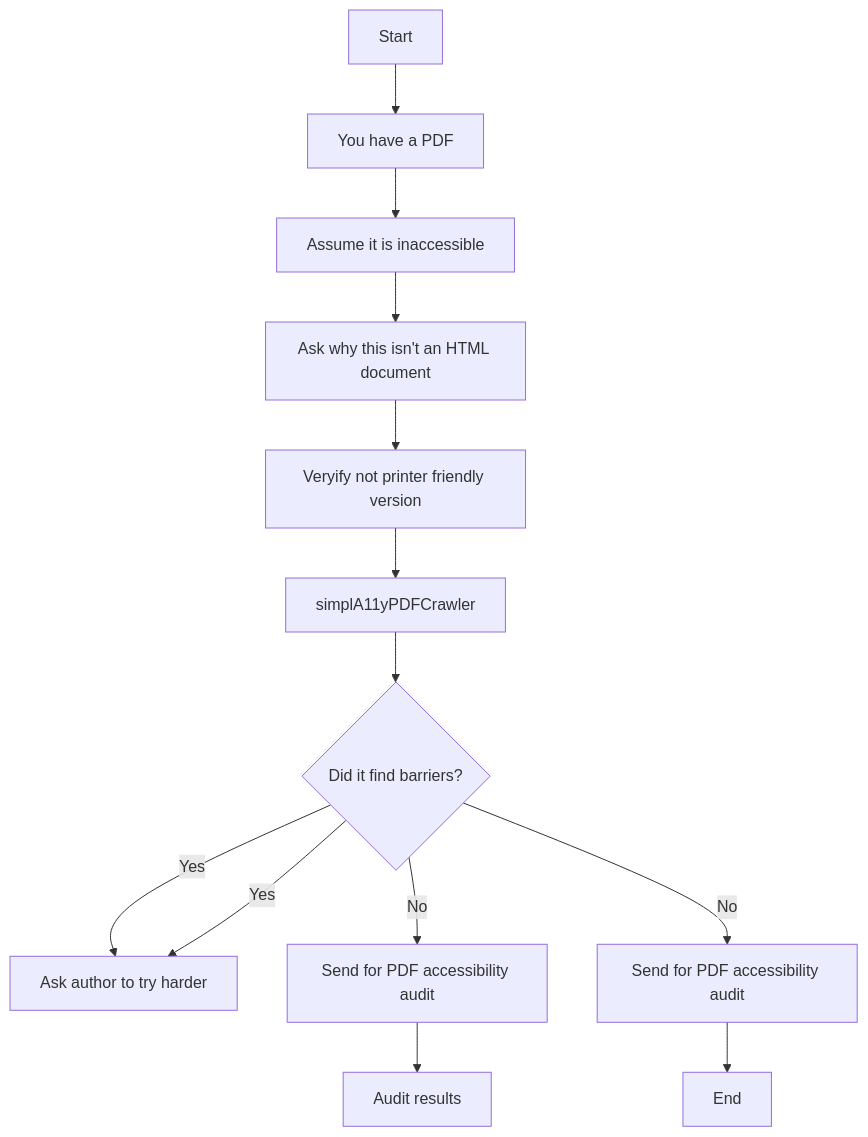
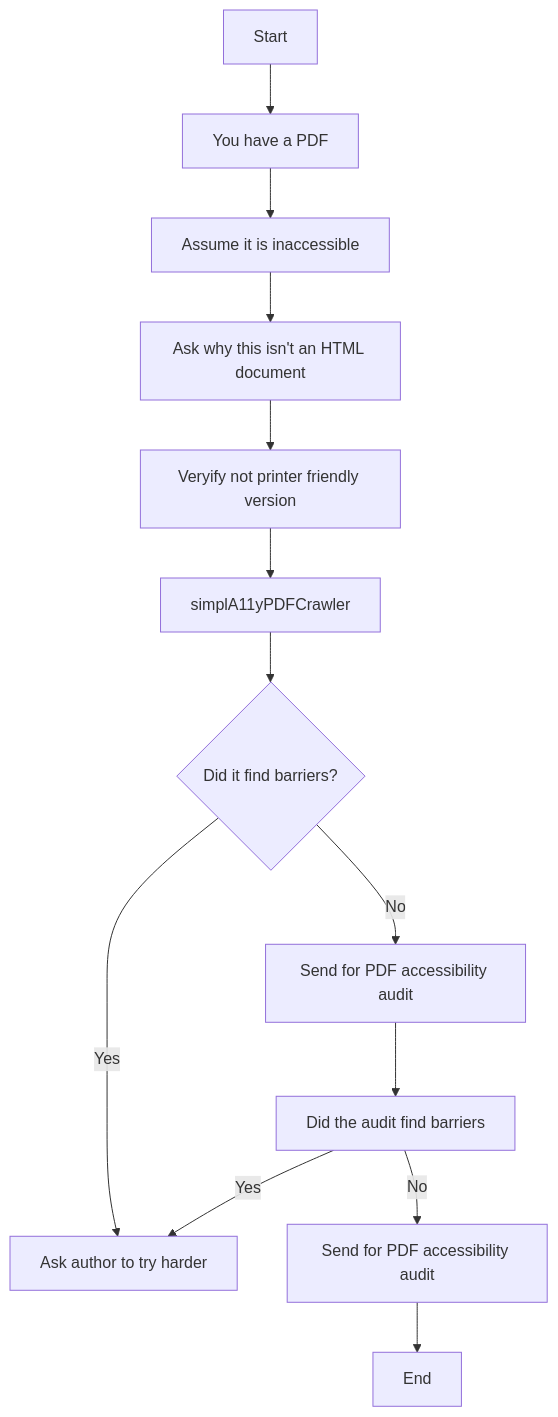
One commit to mgifford/mermaid-graphs changed the diagram in pdf.md. Above: the diagram before and after it, drawn with Mermaid.

````diff
--- a/pdf.md
+++ b/pdf.md
@@ -3,15 +3,15 @@
 ```mermaid
 graph TD
     Start-->YouHaveAPDF[You have a PDF];
     YouHaveAPDF-->AssumeInaccessible[Assume it is inaccessible];
     AssumeInaccessible-->AskWhyNotHTNML[Ask why this isn't an HTML document];
     AskWhyNotHTNML-->VerifyNotPriterFriendlyVersion[Veryify not printer friendly version];
     VerifyNotPriterFriendlyVersion-->simplA11yPDFCrawler;
     simplA11yPDFCrawler-->DidItFindBarriers{Did it find barriers?};
     DidItFindBarriers --> |Yes| AskAuthorToTryHarder[Ask author to try harder];
     DidItFindBarriers --> |No| SendForPDFAudit[Send for PDF accessibility audit]
-    SendForPDFAudit --> AuditResults[Audit results]
-    DidItFindBarriers --> |Yes| AskAuthorToTryHarder[Ask author to try harder];
-    DidItFindBarriers --> |No| PostToSite[Send for PDF accessibility audit]
+    SendForPDFAudit --> DidAuditFindBarriers[Did the audit find barriers]
+    DidAuditFindBarriers --> |Yes| AskAuthorToTryHarder[Ask author to try harder];
+    DidAuditFindBarriers --> |No| PostToSite[Send for PDF accessibility audit]
     PostToSite-->End;
 ```
````
